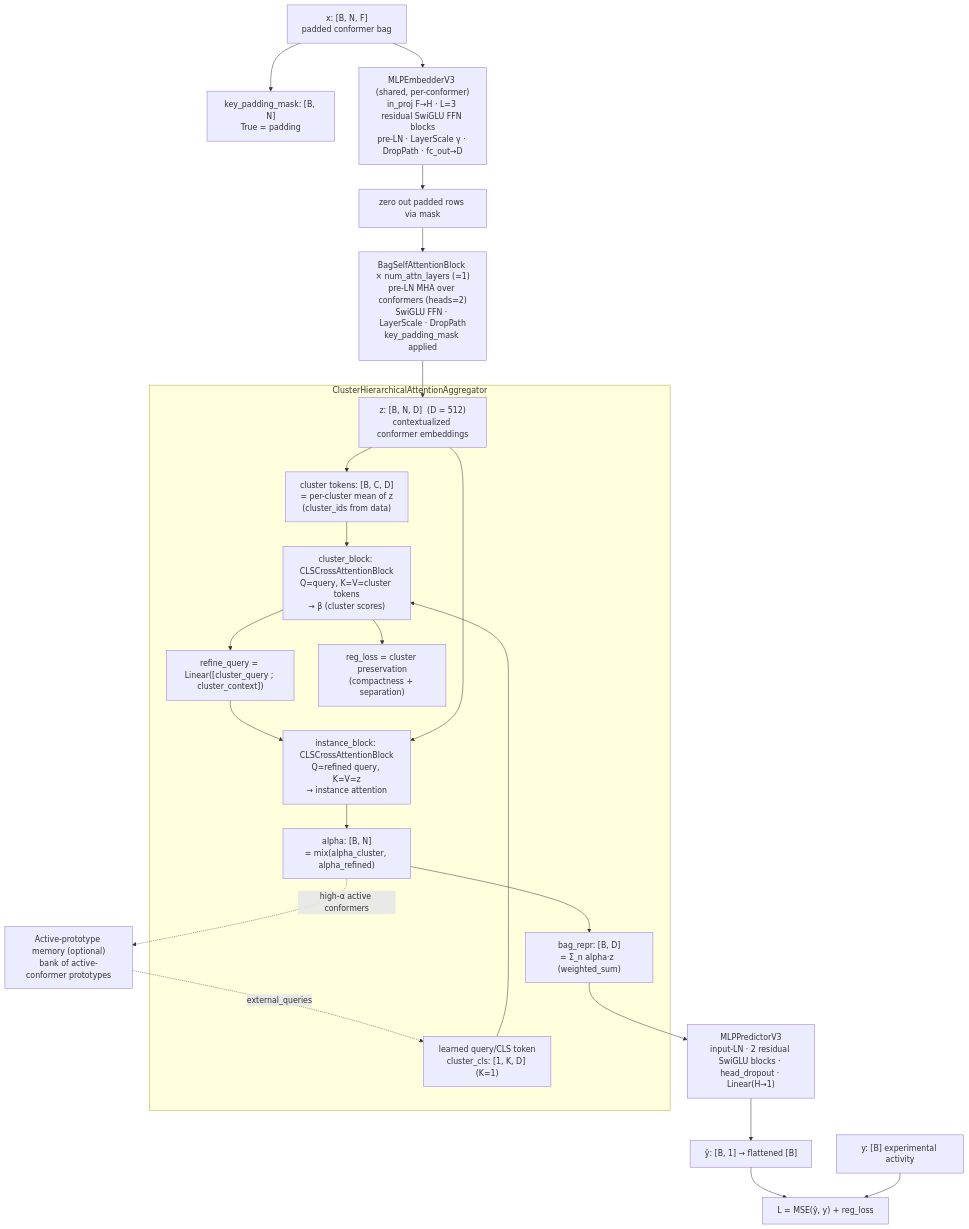
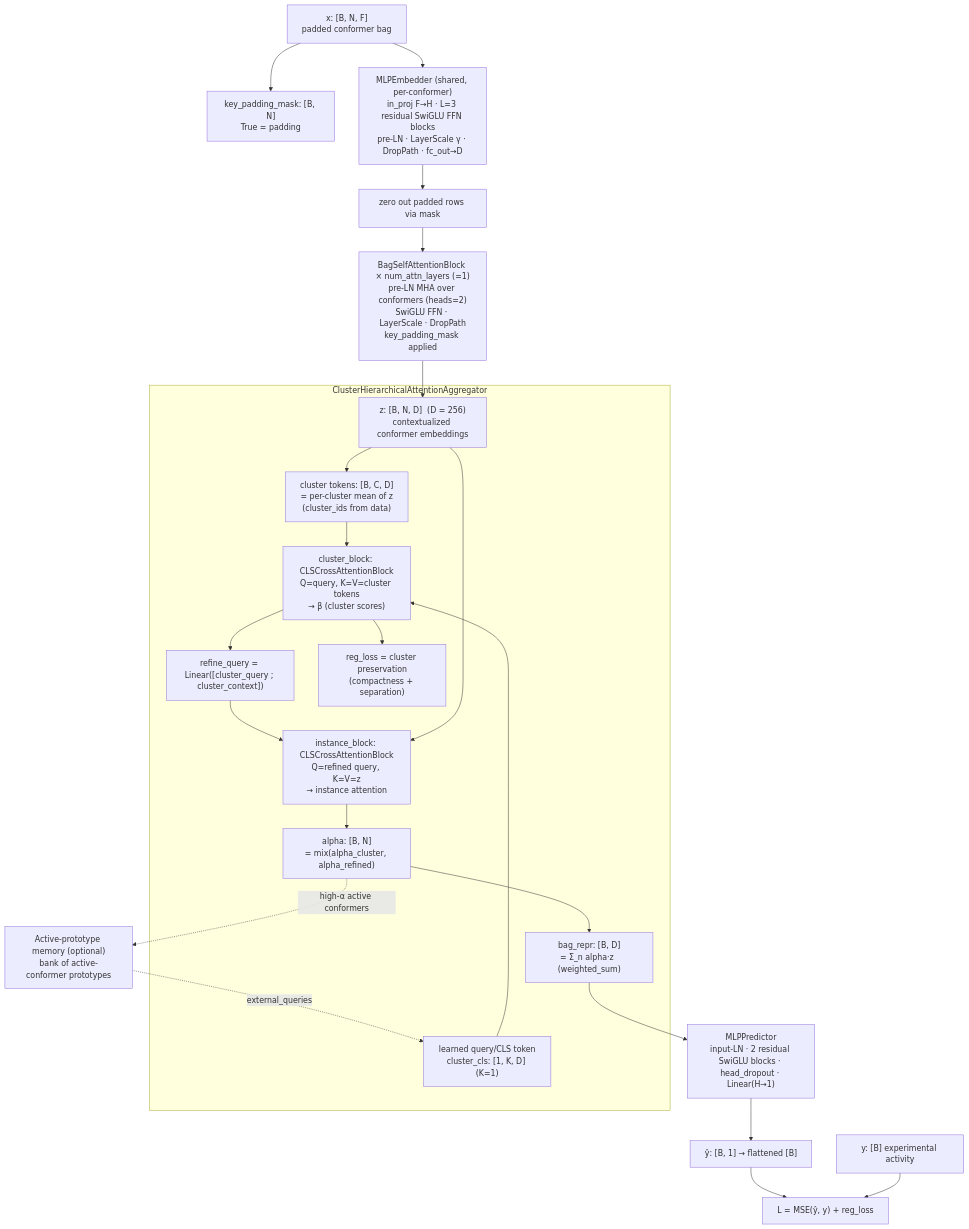
The first of 7 diagrams in mil_pipeline_detailed_explanation.md (vfastovskii/milkid), drawn with Mermaid before and after one commit. The commit also changed other lines of this file and 14 other files, not shown here.

````diff
--- a/mil_pipeline_detailed_explanation.md
+++ b/mil_pipeline_detailed_explanation.md
@@ -44,28 +44,28 @@
 ```mermaid
 flowchart TD
     X["x: [B, N, F]<br/>padded conformer bag"] --> KPM["key_padding_mask: [B, N]<br/>True = padding"]
-    X --> LEMB["MLPEmbedderV3 (shared, per-conformer)<br/>in_proj F→H · L=3 residual SwiGLU FFN blocks<br/>pre-LN · LayerScale γ · DropPath · fc_out→D"]
+    X --> LEMB["MLPEmbedder (shared, per-conformer)<br/>in_proj F→H · L=3 residual SwiGLU FFN blocks<br/>pre-LN · LayerScale γ · DropPath · fc_out→D"]
     LEMB --> ZMASK["zero out padded rows via mask"]
     ZMASK --> SA["BagSelfAttentionBlock × num_attn_layers (=1)<br/>pre-LN MHA over conformers (heads=2)<br/>SwiGLU FFN · LayerScale · DropPath<br/>key_padding_mask applied"]
-    SA --> Z["z: [B, N, D]  (D = 512)<br/>contextualized conformer embeddings"]
+    SA --> Z["z: [B, N, D]  (D = 256)<br/>contextualized conformer embeddings"]
 
     subgraph AGG["ClusterHierarchicalAttentionAggregator"]
       Z --> CTOK["cluster tokens: [B, C, D]<br/>= per-cluster mean of z<br/>(cluster_ids from data)"]
       QCLS["learned query/CLS token<br/>cluster_cls: [1, K, D] (K=1)"] --> CB["cluster_block: CLSCrossAttentionBlock<br/>Q=query, K=V=cluster tokens<br/>→ β (cluster scores)"]
       CTOK --> CB
       CB --> RQ["refine_query = Linear([cluster_query ; cluster_context])"]
       RQ --> IB["instance_block: CLSCrossAttentionBlock<br/>Q=refined query, K=V=z<br/>→ instance attention"]
       Z --> IB
       IB --> ALPHA["alpha: [B, N]<br/>= mix(alpha_cluster, alpha_refined)"]
       ALPHA --> BR["bag_repr: [B, D]<br/>= Σ_n alpha·z  (weighted_sum)"]
       CB --> REG["reg_loss = cluster preservation<br/>(compactness + separation)"]
     end
 
-    BR --> PRED["MLPPredictorV3<br/>input-LN · 2 residual SwiGLU blocks · head_dropout · Linear(H→1)"]
+    BR --> PRED["MLPPredictor<br/>input-LN · 2 residual SwiGLU blocks · head_dropout · Linear(H→1)"]
     PRED --> YH["ŷ: [B, 1] → flattened [B]"]
     YH --> LOSS["L = MSE(ŷ, y) + reg_loss"]
     Y["y: [B] experimental activity"] --> LOSS
 
     APM["Active-prototype memory (optional)<br/>bank of active-conformer prototypes"] -. external_queries .-> QCLS
     ALPHA -. high-α active conformers .-> APM
 ```
````
